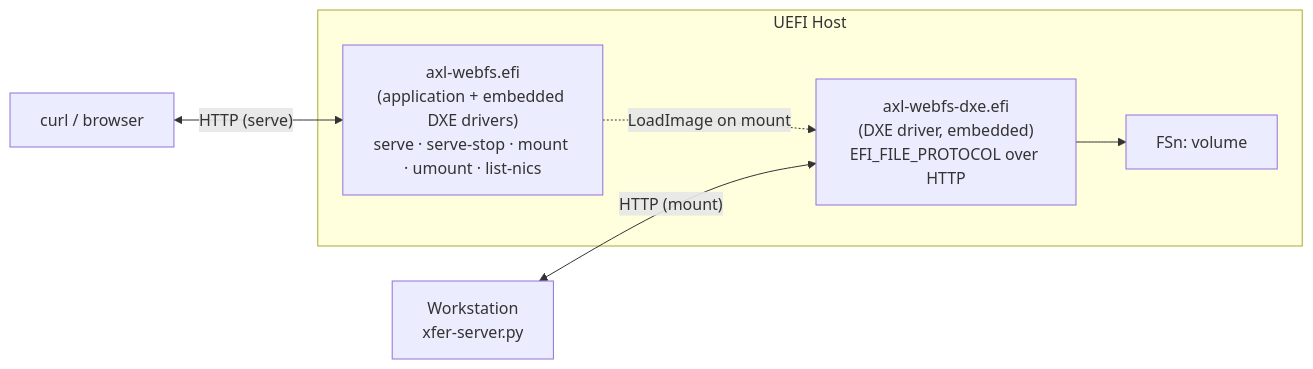
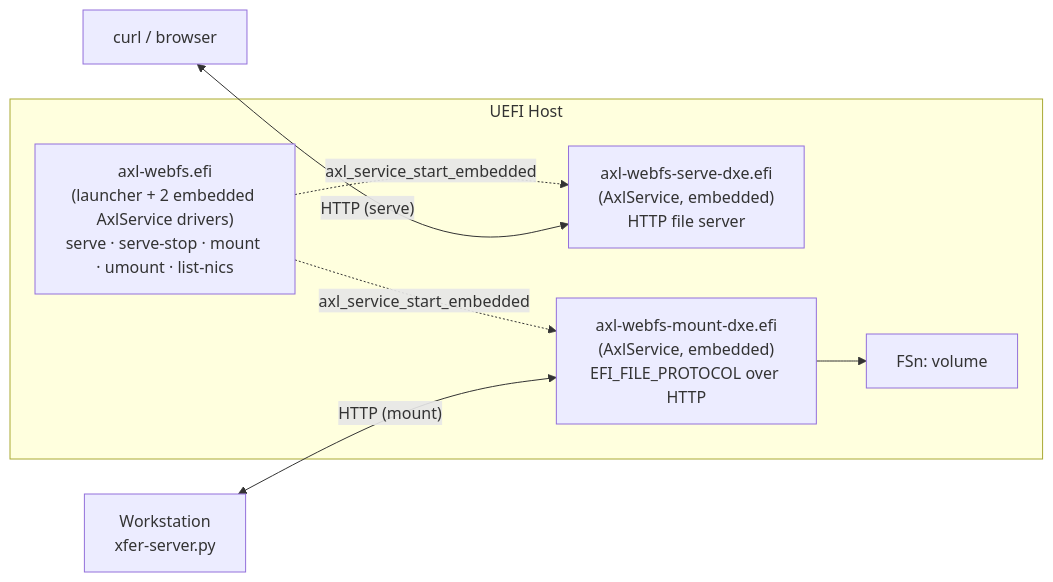
One commit to aximcode/axl-webfs changed the diagram in README.md. Above: the diagram before and after it, drawn with Mermaid. The commit also changed other lines of this file and 2 other files, not shown here.

First paragraph of the commit message:
docs: catch up Design.md + README to two-AxlService shape
Three prior commits (e1bd982, eeeae89, 74c9eaa) migrated serve and
mount to AxlService with the single-source-file dual-compile
pattern. Design.md and README still described the pre-migration
world. Update them:

````diff
--- a/README.md
+++ b/README.md
@@ -106,16 +106,18 @@
 ```mermaid
 flowchart LR
     WS["Workstation<br/>xfer-server.py"]
     CURL["curl / browser"]
 
     subgraph UEFI["UEFI Host"]
-        APP["axl-webfs.efi<br/>(application + embedded DXE drivers)<br/>serve · serve-stop · mount · umount · list-nics"]
-        DXE["axl-webfs-dxe.efi<br/>(DXE driver, embedded)<br/>EFI_FILE_PROTOCOL over HTTP"]
+        APP["axl-webfs.efi<br/>(launcher + 2 embedded AxlService drivers)<br/>serve · serve-stop · mount · umount · list-nics"]
+        SERVE["axl-webfs-serve-dxe.efi<br/>(AxlService, embedded)<br/>HTTP file server"]
+        MOUNT["axl-webfs-mount-dxe.efi<br/>(AxlService, embedded)<br/>EFI_FILE_PROTOCOL over HTTP"]
         FS["FSn: volume"]
-        APP -. "LoadImage on mount" .-> DXE
-        DXE --> FS
+        APP -. "axl_service_start_embedded" .-> SERVE
+        APP -. "axl_service_start_embedded" .-> MOUNT
+        MOUNT --> FS
     end
 
-    WS <-->|"HTTP (mount)"| DXE
-    CURL <-->|"HTTP (serve)"| APP
+    WS <-->|"HTTP (mount)"| MOUNT
+    CURL <-->|"HTTP (serve)"| SERVE
 ```
````
